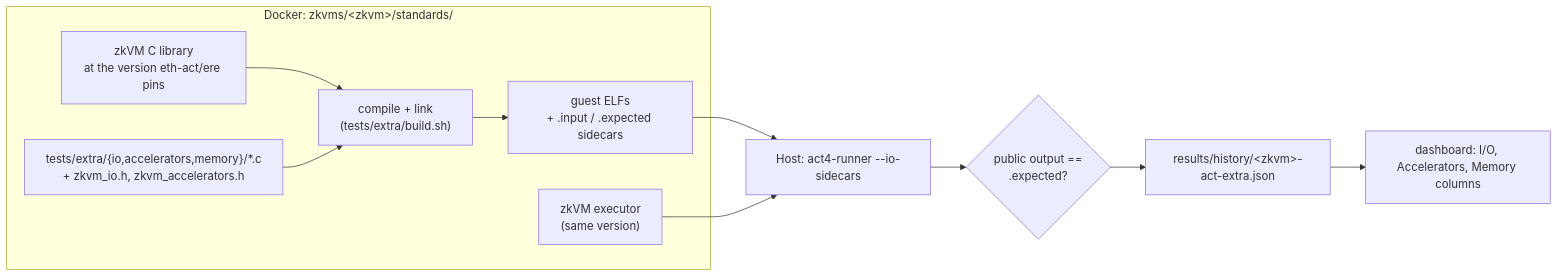
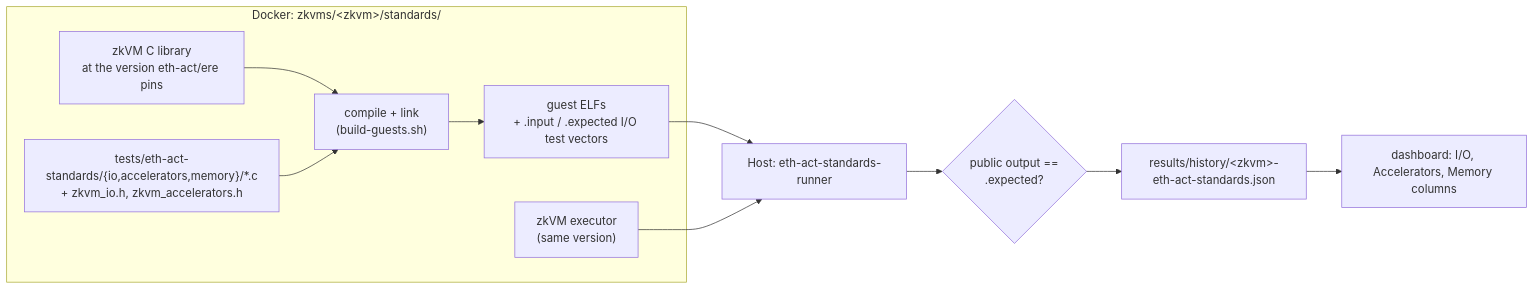
One commit to eth-act/zkevm-test-monitor changed the second of 2 diagrams in README.md. Above: the diagram before and after it, drawn with Mermaid. The commit also changed other lines of this file and 145 other files, not shown here.

First line of the commit message:
Rename act-extra to the eth-act standards tests and split the run commands

````diff
--- a/README.md
+++ b/README.md
@@ -45,14 +46,14 @@
 ```mermaid
 flowchart LR
     subgraph docker["Docker: zkvms/&lt;zkvm&gt;/standards/"]
-        vendor["zkVM C library<br/>at the version eth-act/ere pins"] --> link["compile + link<br/>(tests/extra/build.sh)"]
-        src["tests/extra/{io,accelerators,memory}/*.c<br/>+ zkvm_io.h, zkvm_accelerators.h"] --> link
-        link --> elfs["guest ELFs<br/>+ .input / .expected sidecars"]
+        vendor["zkVM C library<br/>at the version eth-act/ere pins"] --> link["compile + link<br/>(build-guests.sh)"]
+        src["tests/eth-act-standards/{io,accelerators,memory}/*.c<br/>+ zkvm_io.h, zkvm_accelerators.h"] --> link
+        link --> elfs["guest ELFs<br/>+ .input / .expected I/O test vectors"]
         exe["zkVM executor<br/>(same version)"]
     end
-    elfs --> runner["Host: act4-runner --io-sidecars"]
+    elfs --> runner["Host: eth-act-standards-runner"]
     exe --> runner
     runner --> verdict{"public output ==<br/>.expected?"}
-    verdict --> hist["results/history/&lt;zkvm&gt;-act-extra.json"]
+    verdict --> hist["results/history/&lt;zkvm&gt;-eth-act-standards.json"]
     hist --> dash["dashboard: I/O, Accelerators, Memory columns"]
 ```
````
